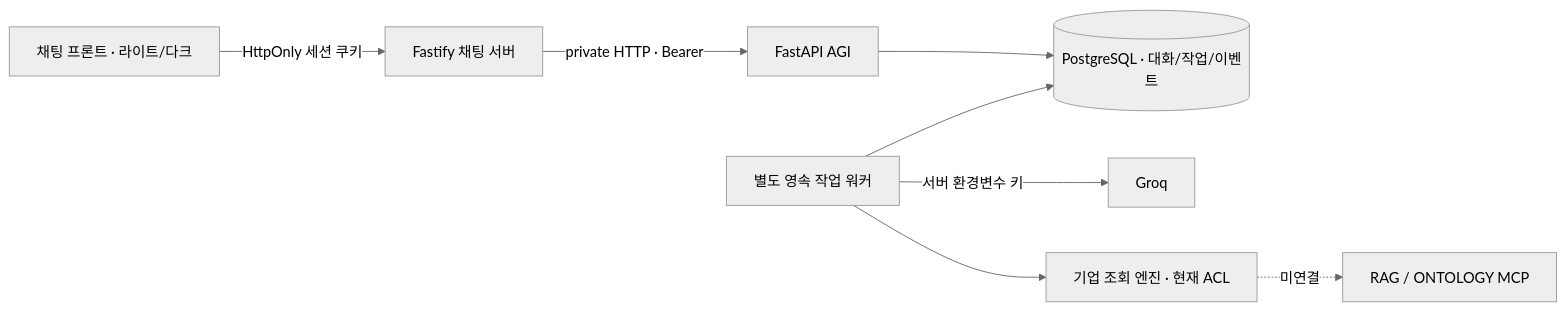
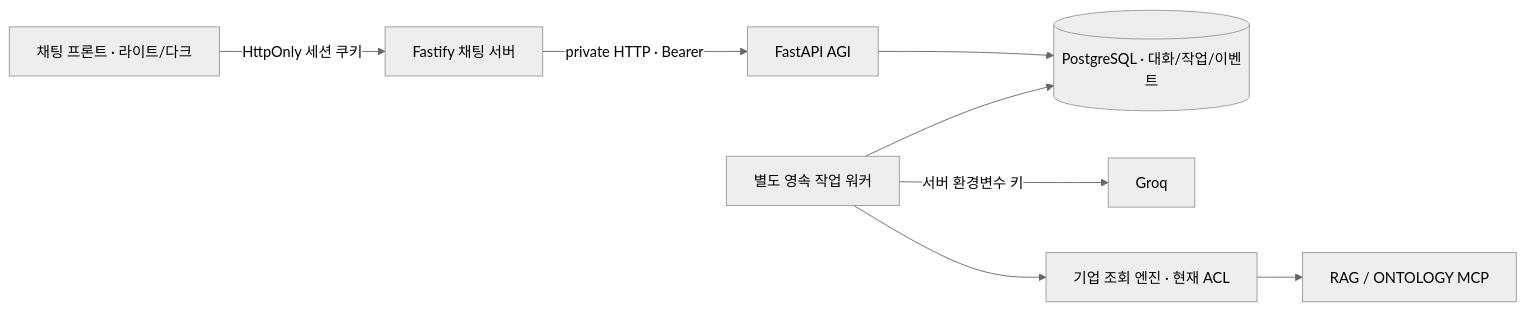
The diagram in docs/CHAT_INTEGRATION.md (woohopark/MODAM-AGI), drawn with Mermaid (neutral theme) before and after one commit. The commit also changed other lines of this file and 25 other files, not shown here.

````diff
--- a/docs/CHAT_INTEGRATION.md
+++ b/docs/CHAT_INTEGRATION.md
@@ -5,10 +5,10 @@
 ```mermaid
 flowchart LR
   Browser[채팅 프론트 · 라이트/다크] -->|HttpOnly 세션 쿠키| BFF[Fastify 채팅 서버]
   BFF -->|private HTTP · Bearer| API[FastAPI AGI]
   API --> DB[(PostgreSQL · 대화/작업/이벤트)]
   Worker[별도 영속 작업 워커] --> DB
   Worker -->|서버 환경변수 키| Groq[Groq]
   Worker --> Engine[기업 조회 엔진 · 현재 ACL]
-  Engine -. 미연결 .-> MCP[RAG / ONTOLOGY MCP]
+  Engine --> MCP[RAG / ONTOLOGY MCP]
 ```
````
